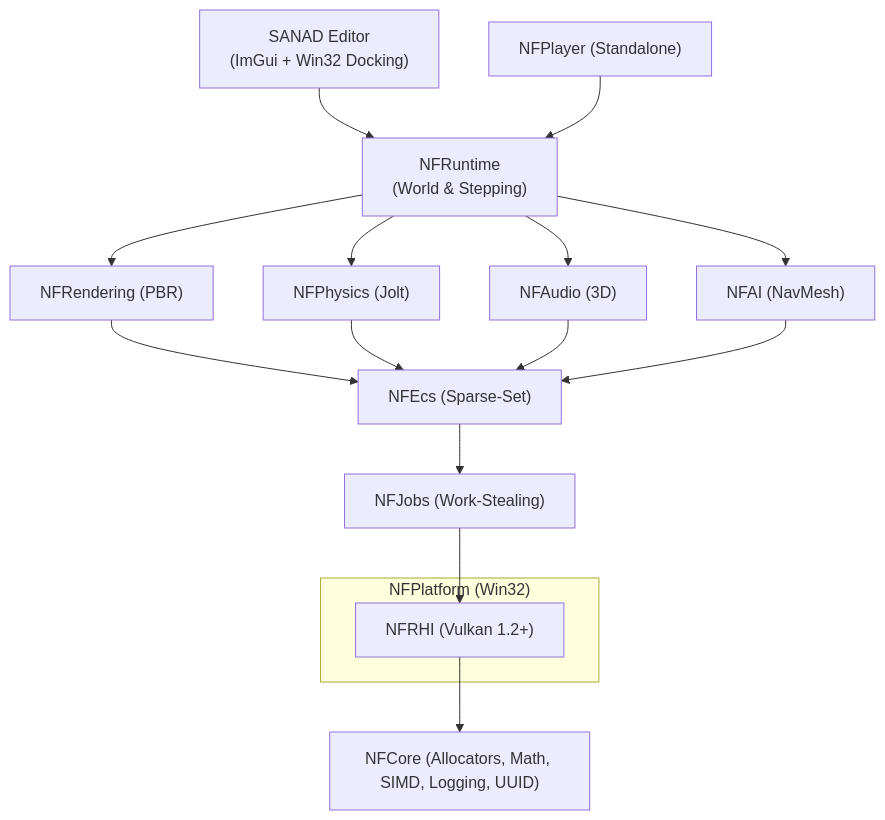
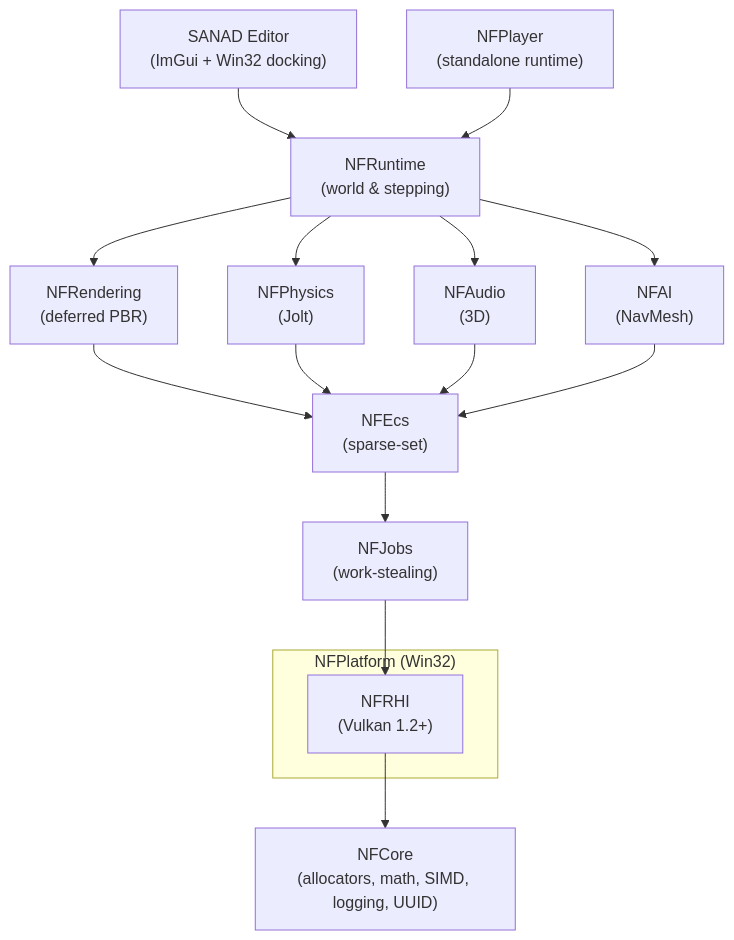
Before and after one commit to abdallah2183/SANAD-Engine: the diagram in README.md, drawn with Mermaid. The commit also changed other lines of this file and 17 other files, not shown here.

````diff
--- a/README.md
+++ b/README.md
@@ -130,21 +141,21 @@
 ```mermaid
 flowchart TD
-    Editor["SANAD Editor<br/>(ImGui + Win32 Docking)"]
-    Player["NFPlayer (Standalone)"]
-    Editor --> Runtime["NFRuntime<br/>(World & Stepping)"]
+    Editor["SANAD Editor<br/>(ImGui + Win32 docking)"]
+    Player["NFPlayer<br/>(standalone runtime)"]
+    Editor --> Runtime["NFRuntime<br/>(world & stepping)"]
     Player --> Runtime
-    Runtime --> Rendering["NFRendering (PBR)"]
-    Runtime --> Physics["NFPhysics (Jolt)"]
-    Runtime --> Audio["NFAudio (3D)"]
-    Runtime --> AI["NFAI (NavMesh)"]
-    Rendering --> ECS["NFEcs (Sparse-Set)"]
+    Runtime --> Rendering["NFRendering<br/>(deferred PBR)"]
+    Runtime --> Physics["NFPhysics<br/>(Jolt)"]
+    Runtime --> Audio["NFAudio<br/>(3D)"]
+    Runtime --> AI["NFAI<br/>(NavMesh)"]
+    Rendering --> ECS["NFEcs<br/>(sparse-set)"]
     Physics --> ECS
     Audio --> ECS
     AI --> ECS
-    ECS --> Jobs["NFJobs (Work-Stealing)"]
-    Jobs --> RHI["NFRHI (Vulkan 1.2+)"]
-    RHI --> Core["NFCore (Allocators, Math, SIMD, Logging, UUID)"]
+    ECS --> Jobs["NFJobs<br/>(work-stealing)"]
+    Jobs --> RHI["NFRHI<br/>(Vulkan 1.2+)"]
+    RHI --> Core["NFCore<br/>(allocators, math, SIMD, logging, UUID)"]
     subgraph Platform["NFPlatform (Win32)"]
         RHI
     end
 ```
````
